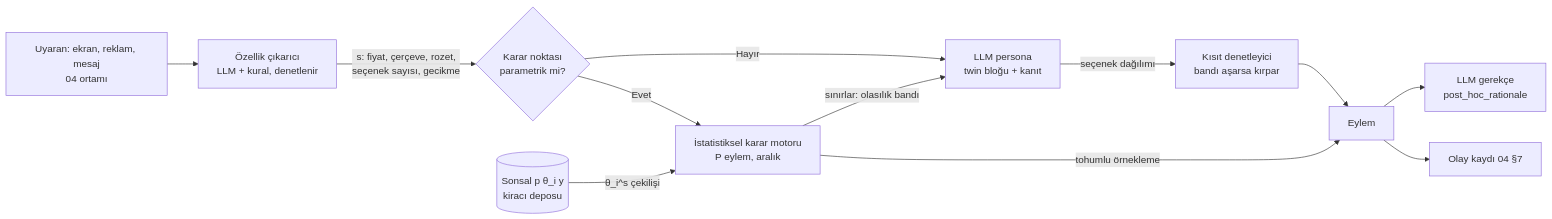
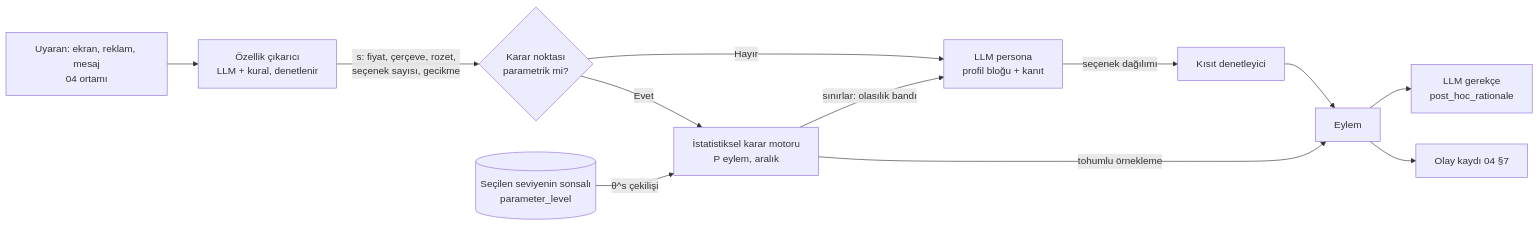
One commit to yilmazfatih-cyber/Deneme changed the second of 2 diagrams in persona-katmani/docs/mimari/07-dijital-ikiz-istatistik.md. Above: the diagram before and after it, drawn with Mermaid. The commit also changed other lines of this file and 4 other files, not shown here.

````diff
--- a/persona-katmani/docs/mimari/07-dijital-ikiz-istatistik.md
+++ b/persona-katmani/docs/mimari/07-dijital-ikiz-istatistik.md
@@ -203,14 +320,14 @@
 ```mermaid
 flowchart LR
     S[Uyaran: ekran, reklam, mesaj<br/>04 ortamı] --> X[Özellik çıkarıcı<br/>LLM + kural, denetlenir]
     X -->|s: fiyat, çerçeve, rozet,<br/>seçenek sayısı, gecikme| K{Karar noktası<br/>parametrik mi?}
-    P[(Sonsal p θ_i y<br/>kiracı deposu)] -->|θ_i^s çekilişi| M
+    P[(Seçilen seviyenin sonsalı<br/>parameter_level)] -->|θ^s çekilişi| M
     K -- Evet --> M[İstatistiksel karar motoru<br/>P eylem, aralık]
     M -->|tohumlu örnekleme| A[Eylem]
-    K -- Hayır --> L[LLM persona<br/>twin bloğu + kanıt]
+    K -- Hayır --> L[LLM persona<br/>profil bloğu + kanıt]
     M -->|sınırlar: olasılık bandı| L
-    L -->|seçenek dağılımı| C[Kısıt denetleyici<br/>bandı aşarsa kırpar]
+    L -->|seçenek dağılımı| C[Kısıt denetleyici]
     C --> A
     A --> E[Olay kaydı 04 §7]
     A --> R[LLM gerekçe<br/>post_hoc_rationale]
 ```
````
